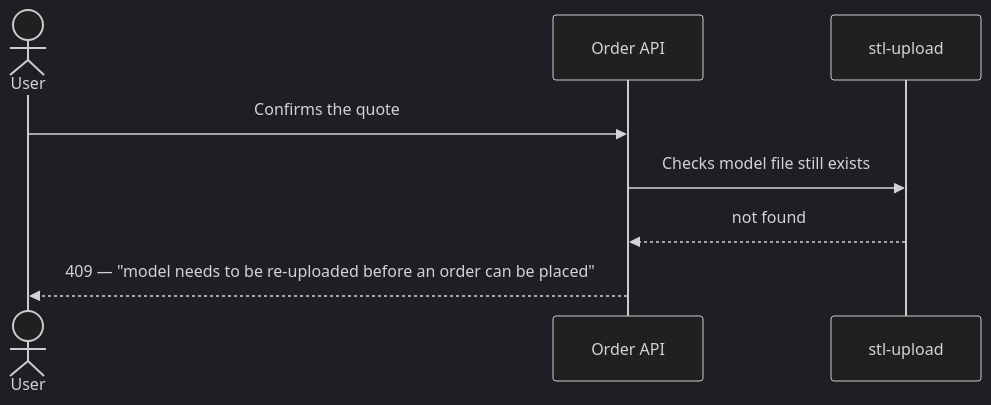
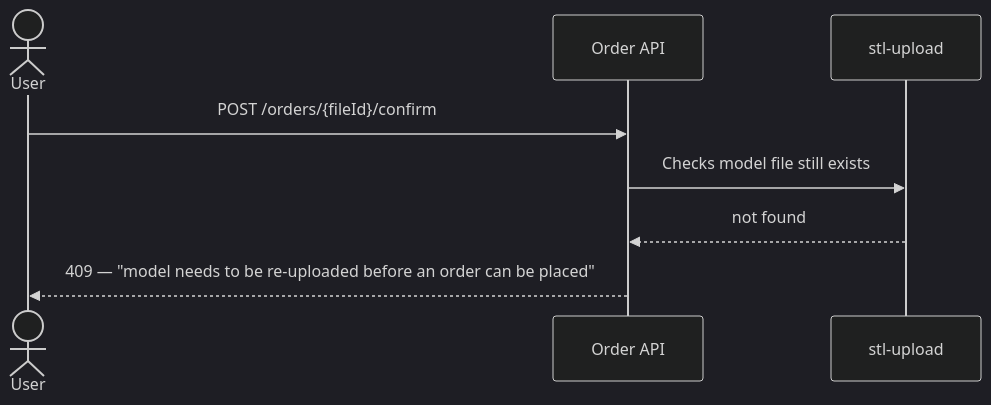
The seventh of 8 diagrams in docs/features/order-confirmation/sad.md (yahacom/print-marketplace), drawn with Mermaid (dark theme) before and after one commit. The commit also changed other lines of this file and 7 other files, not shown here.

````diff
--- a/docs/features/order-confirmation/sad.md
+++ b/docs/features/order-confirmation/sad.md
@@ -199,10 +216,10 @@
 ```mermaid
 sequenceDiagram
     actor User
     participant API as Order API
     participant SU as stl-upload
-    User->>API: Confirms the quote
+    User->>API: POST /orders/{fileId}/confirm
     API->>SU: Checks model file still exists
     SU-->>API: not found
     API-->>User: 409 — "model needs to be re-uploaded before an order can be placed"
 ```
````
